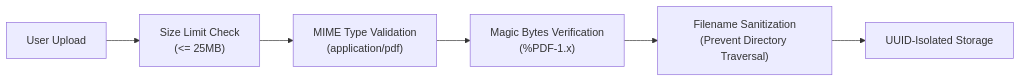
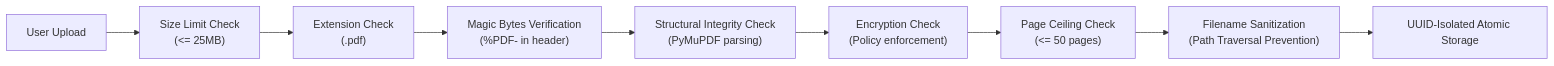
The diagram in docs/privacy_and_security.md (ThunderSkull7/DocuMind), drawn with Mermaid before and after one commit. The commit also changed other lines of this file and 123 other files, not shown here.

````diff
--- a/docs/privacy_and_security.md
+++ b/docs/privacy_and_security.md
@@ -21,8 +21,11 @@
 ```mermaid
 flowchart LR
     Upload["User Upload"] --> SizeCheck["Size Limit Check<br/>(<= 25MB)"]
-    SizeCheck --> MIMECheck["MIME Type Validation<br/>(application/pdf)"]
-    MIMECheck --> MagicCheck["Magic Bytes Verification<br/>(%PDF-1.x)"]
-    MagicCheck --> Sanitization["Filename Sanitization<br/>(Prevent Directory Traversal)"]
-    Sanitization --> IsolatedStore["UUID-Isolated Storage"]
+    SizeCheck --> MIMECheck["Extension Check<br/>(.pdf)"]
+    MIMECheck --> MagicCheck["Magic Bytes Verification<br/>(%PDF- in header)"]
+    MagicCheck --> ParserCheck["Structural Integrity Check<br/>(PyMuPDF parsing)"]
+    ParserCheck --> EncryptCheck["Encryption Check<br/>(Policy enforcement)"]
+    EncryptCheck --> PageCheck["Page Ceiling Check<br/>(<= 50 pages)"]
+    PageCheck --> Sanitization["Filename Sanitization<br/>(Path Traversal Prevention)"]
+    Sanitization --> IsolatedStore["UUID-Isolated Atomic Storage"]
 ```
````
